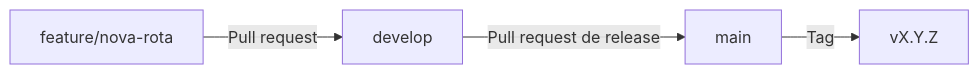
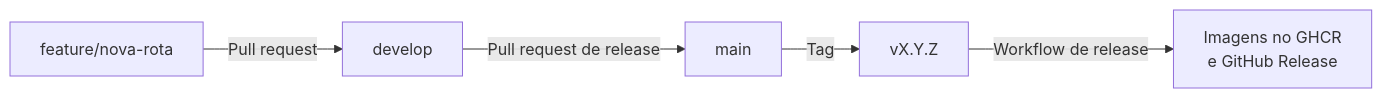
The diagram in docs/contributing.md (LeonardoAlmeidaGit/car-api), drawn with Mermaid before and after one commit. The commit also changed other lines of this file and 9 other files, not shown here.

````diff
--- a/docs/contributing.md
+++ b/docs/contributing.md
@@ -15,6 +15,7 @@
 ```mermaid
 flowchart LR
     Topic["feature/nova-rota"] -->|"Pull request"| Develop["develop"]
     Develop -->|"Pull request de release"| Main["main"]
     Main -->|"Tag"| Tag["vX.Y.Z"]
+    Tag -->|"Workflow de release"| Rel["Imagens no GHCR<br/>e GitHub Release"]
 ```
````
